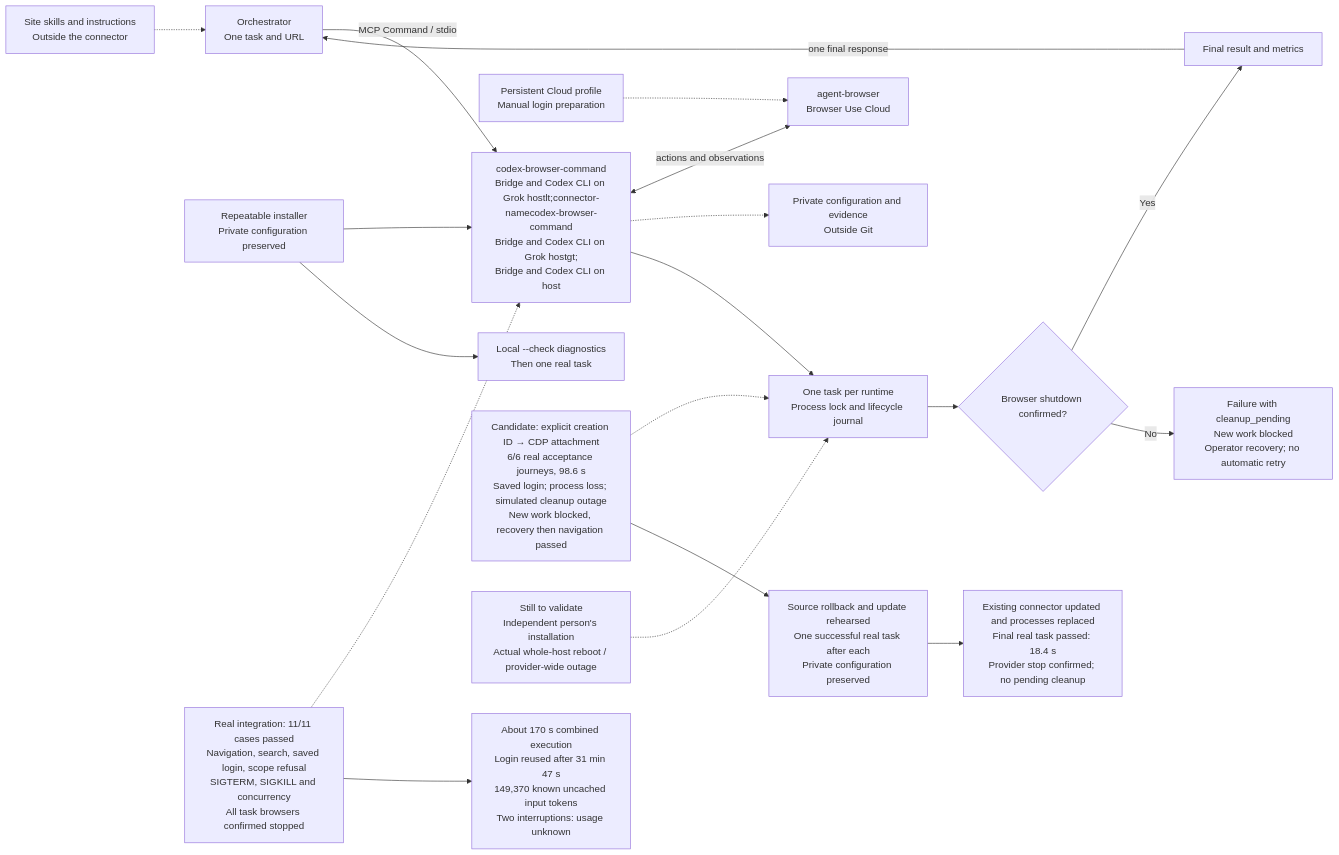
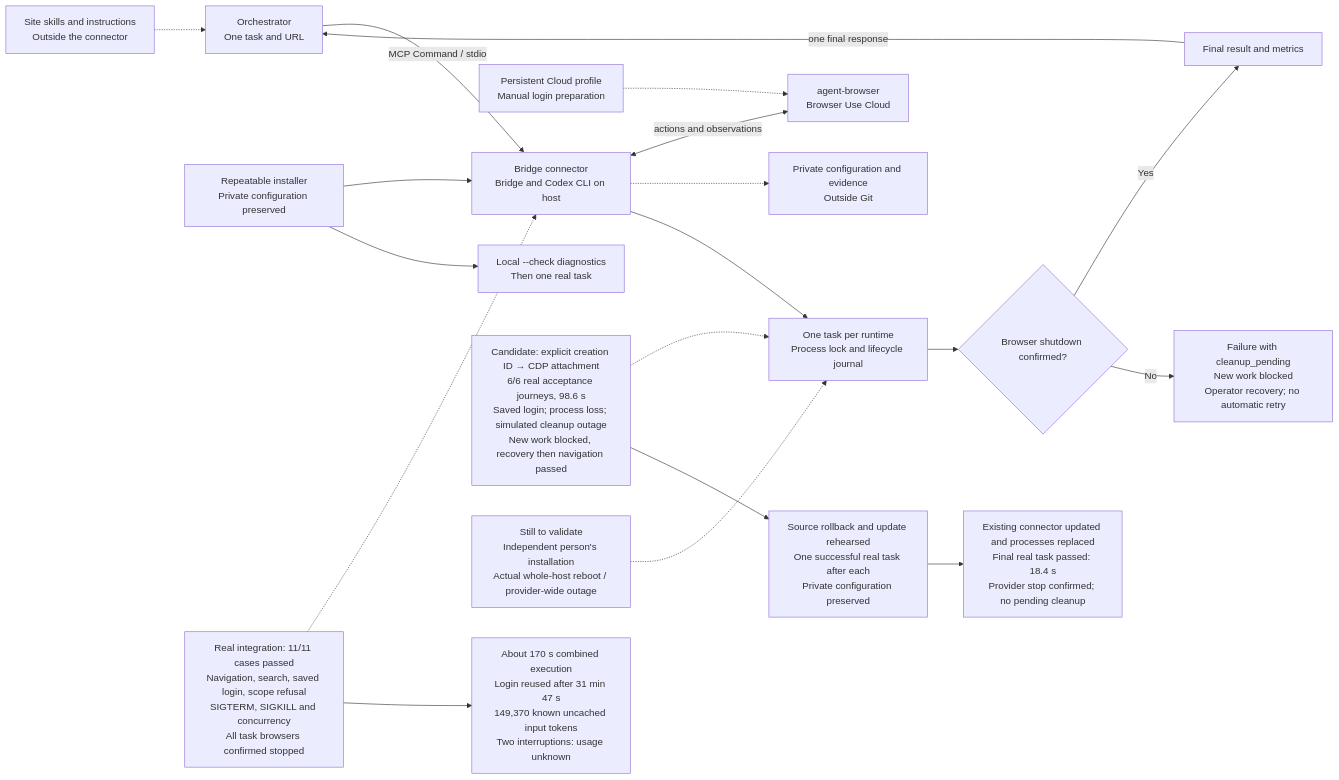
One commit to holive/codex-browser-bridge changed the diagram in docs/architecture.mmd. Above: the diagram before and after it, drawn with Mermaid.

Commit message:
docs: fix architecture diagram label

```diff
--- a/docs/architecture.mmd
+++ b/docs/architecture.mmd
@@ -1,19 +1,19 @@
 flowchart LR
     K["Site skills and instructions<br/>Outside the connector"] -.-> O["Orchestrator<br/>One task and URL"]
-    O -->|MCP Command / stdio| G["codex-browser-command<br/>Bridge and Codex CLI on Grok hostlt;connector-namecodex-browser-command<br/>Bridge and Codex CLI on Grok hostgt;<br/>Bridge and Codex CLI on host"]
+    O -->|MCP Command / stdio| G["Bridge connector<br/>Bridge and Codex CLI on host"]
     G <-->|actions and observations| B["agent-browser<br/>Browser Use Cloud"]
     P["Persistent Cloud profile<br/>Manual login preparation"] -.-> B
     G -.-> L["Private configuration and evidence<br/>Outside Git"]
     G --> H["One task per runtime<br/>Process lock and lifecycle journal"]
     H --> U{"Browser shutdown confirmed?"}
     U -->|Yes| C["Final result and metrics"]
     C -->|one final response| O
     U -->|No| X["Failure with cleanup_pending<br/>New work blocked<br/>Operator recovery; no automatic retry"]
     S["Repeatable installer<br/>Private configuration preserved"] --> G
     S --> D["Local --check diagnostics<br/>Then one real task"]
     R["Real integration: 11/11 cases passed<br/>Navigation, search, saved login, scope refusal<br/>SIGTERM, SIGKILL and concurrency<br/>All task browsers confirmed stopped"] -.-> G
     R --> I["About 170 s combined execution<br/>Login reused after 31 min 47 s<br/>149,370 known uncached input tokens<br/>Two interruptions: usage unknown"]
     E["Candidate: explicit creation ID → CDP attachment<br/>6/6 real acceptance journeys, 98.6 s<br/>Saved login; process loss; simulated cleanup outage<br/>New work blocked, recovery then navigation passed"] -.-> H
     E --> V["Source rollback and update rehearsed<br/>One successful real task after each<br/>Private configuration preserved"]
     V --> F["Existing connector updated and processes replaced<br/>Final real task passed: 18.4 s<br/>Provider stop confirmed; no pending cleanup"]
     Q["Still to validate<br/>Independent person's installation<br/>Actual whole-host reboot / provider-wide outage"] -.-> H
```
